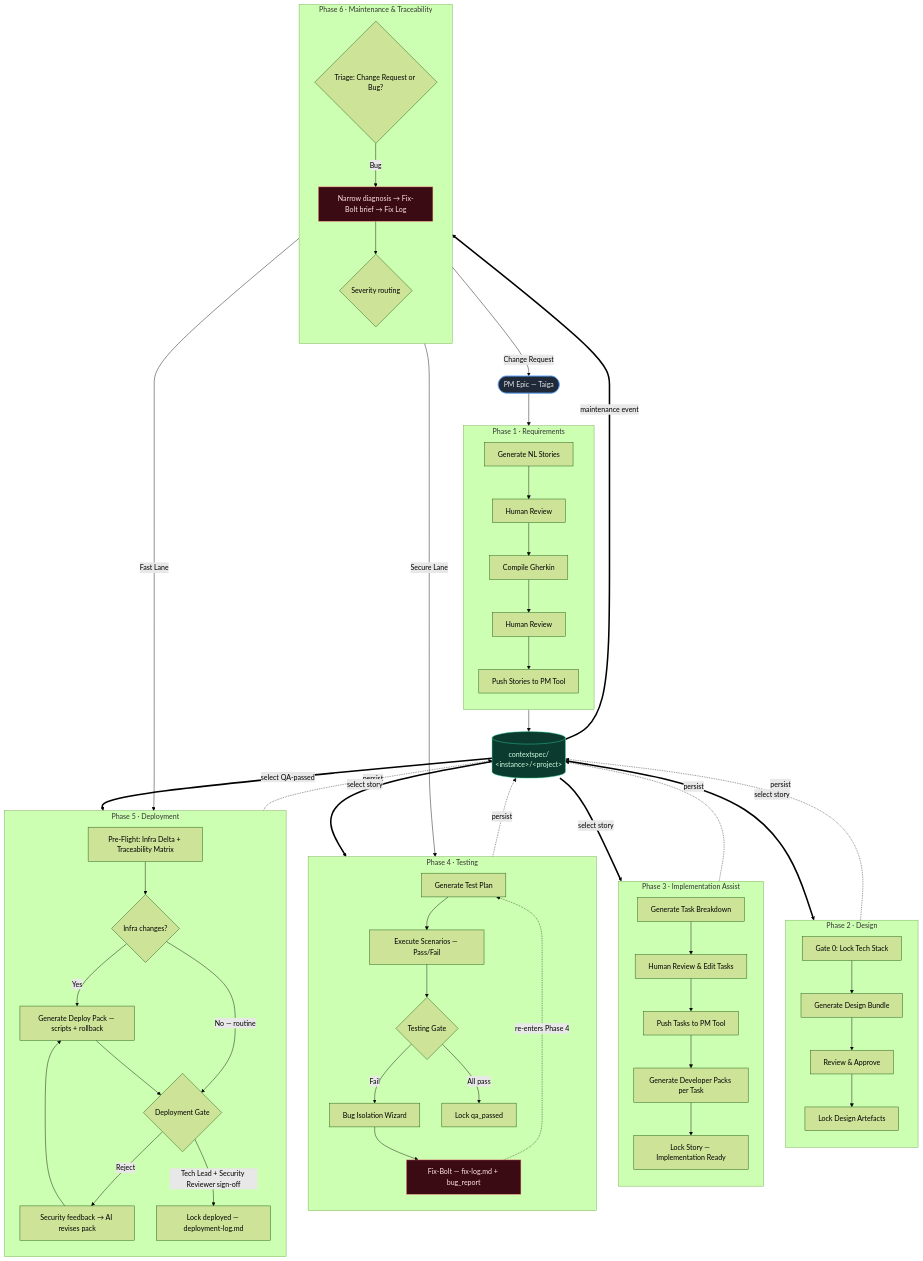
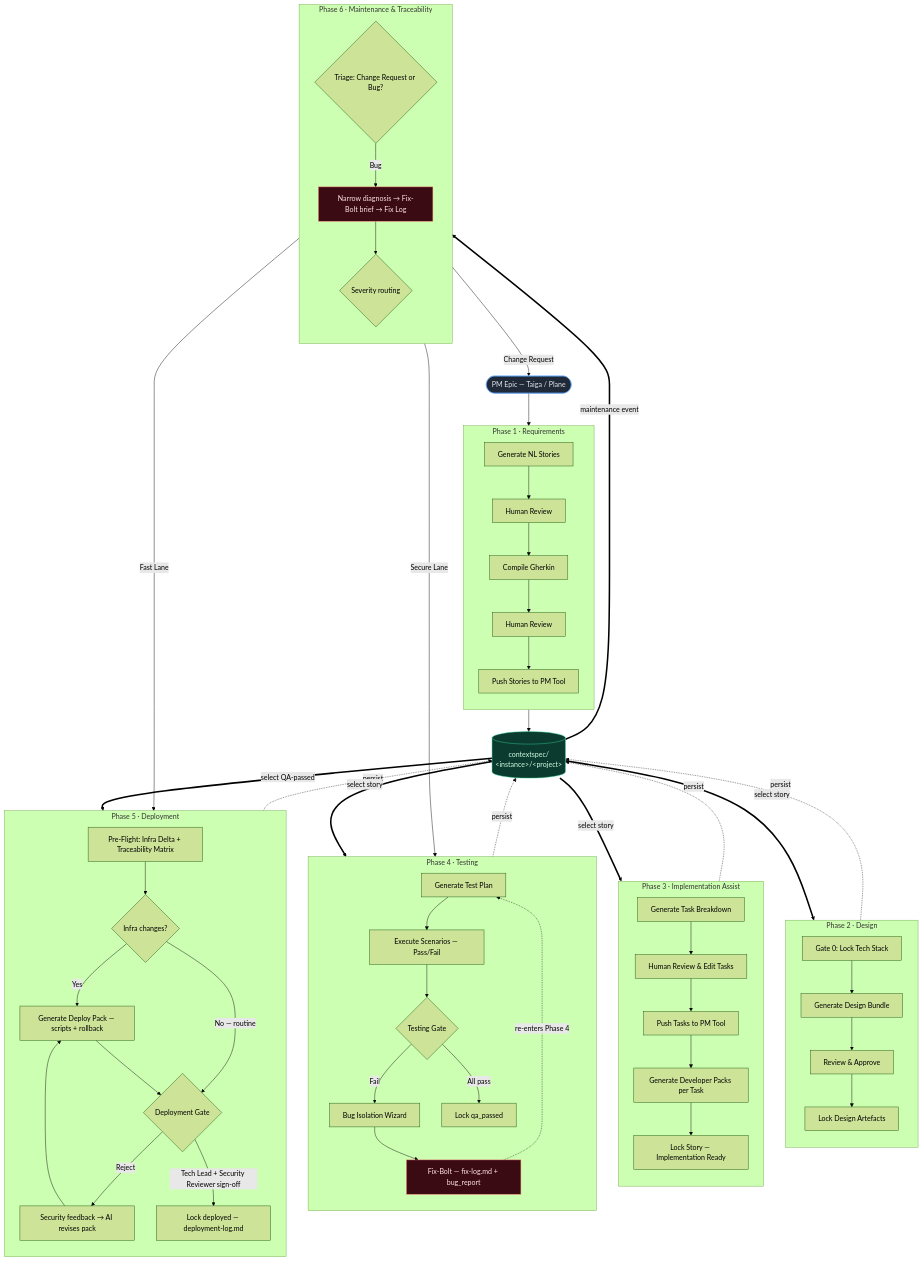
One commit to thomastabs/apex changed the diagram in README.md. Above: the diagram before and after it, drawn with Mermaid (forest theme). The commit also changed other lines of this file and 6 other files, not shown here.

First line of the commit message:
docs: add Plane to architecture/user-flow diagrams, fix stale README counts

````diff
--- a/README.md
+++ b/README.md
@@ -67,81 +67,81 @@
 ```mermaid
 flowchart TD
-    A([PM Epic — Taiga]):::ext
+    A([PM Epic — Taiga / Plane]):::ext
 
     %% ---- The shared, versioned spec store every phase reads from / writes to ----
     G[("contextspec/<br/>&lt;instance&gt;/&lt;project&gt;")]:::store
 
     subgraph P1["Phase 1 · Requirements"]
         direction TB
         B[Generate NL Stories] --> C[Human Review]
         C --> D[Compile Gherkin] --> E[Human Review]
         E --> F[Push Stories to PM Tool]
     end
 
     subgraph P2["Phase 2 · Design"]
         direction TB
         H[Gate 0: Lock Tech Stack] --> I[Generate Design Bundle]
         I --> K[Review &amp; Approve] --> L[Lock Design Artefacts]
     end
 
     subgraph P3["Phase 3 · Implementation Assist"]
         direction TB
         N[Generate Task Breakdown] --> O[Human Review &amp; Edit Tasks]
         O --> P[Push Tasks to PM Tool] --> Q[Generate Developer Packs per Task]
         Q --> R[Lock Story — Implementation Ready]
     end
 
     subgraph P4["Phase 4 · Testing"]
         direction TB
         T[Generate Test Plan] --> U[Execute Scenarios — Pass/Fail]
         U --> V{Testing Gate}
         V -->|Fail| X[Bug Isolation Wizard]
         X --> Y[Fix-Bolt — fix-log.md + bug_report]:::fix
         V -->|All pass| W[Lock qa_passed]
     end
 
     subgraph P5["Phase 5 · Deployment"]
         direction TB
         AA[Pre-Flight: Infra Delta + Traceability Matrix] --> AB{Infra changes?}
         AB -->|Yes| AC[Generate Deploy Pack — scripts + rollback]
         AB -->|No — routine| AD{Deployment Gate}
         AC --> AD
         AD -->|Reject| AF[Security feedback → AI revises pack]
         AF --> AC
         AD -->|Tech Lead + Security Reviewer sign-off| AE[Lock deployed — deployment-log.md]
     end
 
     subgraph P6["Phase 6 · Maintenance &amp; Traceability"]
         direction TB
         AH{Triage: Change Request or Bug?}
         AH -->|Bug| AJ[Narrow diagnosis → Fix-Bolt brief → Fix Log]:::fix
         AJ --> AK{Severity routing}
     end
 
     %% ---- Entry into the pipeline ----
     A --> B
     F --> G
 
     %% ---- Each phase is entered by selecting work off the board (reads store) ----
     G ==>|select story| H
     G ==>|select story| N
     G ==>|select story| T
     G ==>|select QA-passed| AA
     G ==>|maintenance event| AH
 
     %% ---- Each phase locks its result back into the store ----
     L -.->|persist| G
     R -.->|persist| G
     W -.->|persist| G
     AE -.->|persist| G
 
     %% ---- Cross-phase routing ----
     Y -.->|re-enters Phase 4| T
     AK -->|Fast Lane| AE
     AK -->|Secure Lane| T
     AH -->|Change Request| A
 
     classDef ext fill:#1f2937,stroke:#60a5fa,color:#e5e7eb;
     classDef store fill:#0b3b2e,stroke:#34d399,color:#d1fae5;
     classDef fix fill:#3b0b14,stroke:#f87171,color:#fee2e2;
 ```
````
